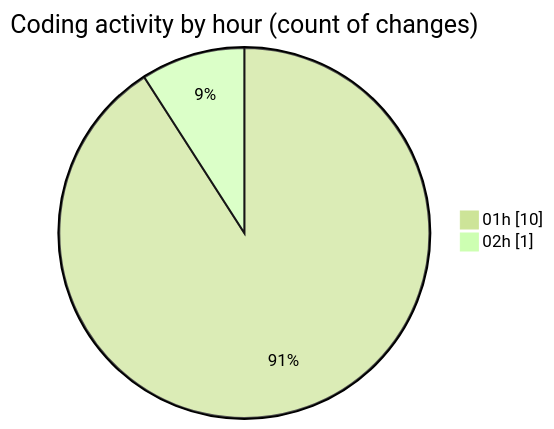
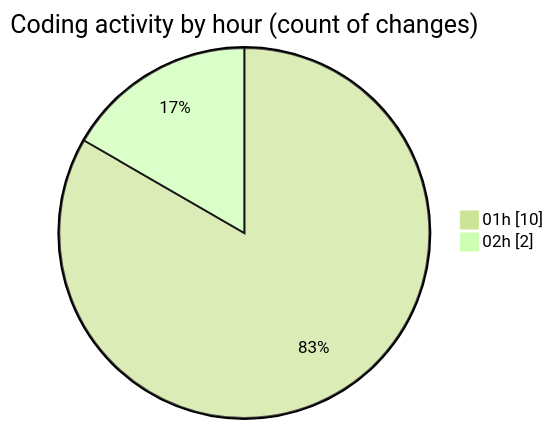
Before and after one commit to EIIisD/code-tracking: the second of 2 diagrams in 2025-07-29/ani/README.md, drawn with Mermaid (forest theme). The commit also changed other lines of this file and 1 other file, not shown here.

````diff
--- a/2025-07-29/ani/README.md
+++ b/2025-07-29/ani/README.md
@@ -32,6 +32,6 @@
 ```mermaid
 pie showData
 title Coding activity by hour (count of changes)
 "01h" : 10
-"02h" : 1
+"02h" : 2
 ```
````
